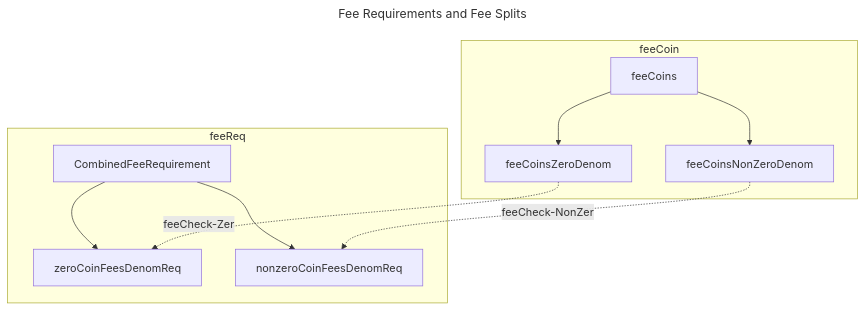
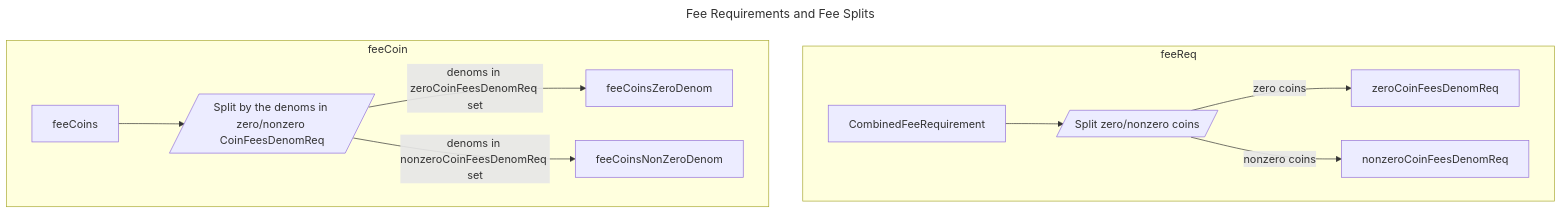
The first of 2 diagrams in docs/architecture/adr-002-globalfee.md (cosmos/gaia), drawn with Mermaid before and after one commit. The commit also changed other lines of this file, not shown here.

Commit message:
feat: update chart

````diff
--- a/docs/architecture/adr-002-globalfee.md
+++ b/docs/architecture/adr-002-globalfee.md
@@ -35,17 +35,18 @@
 ```mermaid
 ---
 title: Fee Requirements and Fee Splits
 ---
 flowchart TD
 	subgraph feeReq
-    CombinedFeeRequirement-->zeroCoinFeesDenomReq;
-	CombinedFeeRequirement-->nonzeroCoinFeesDenomReq;
-	end
-	subgraph feeCoin
-	feeCoins-->feeCoinsZeroDenom;
-	feeCoins-->feeCoinsNonZeroDenom;
+    A[CombinedFeeRequirement]-->B[/Split zero/nonzero coins/]
+    B-->|zero coins| C[zeroCoinFeesDenomReq];
+	B-->|nonzero coins| D[nonzeroCoinFeesDenomReq];
+
 	end
 
-	feeCoinsZeroDenom-.feeCheck-Zero.->zeroCoinFeesDenomReq;
-	feeCoinsNonZeroDenom-.feeCheck-NonZero.->nonzeroCoinFeesDenomReq;
+	subgraph feeCoin
+	E[feeCoins]-->F[/Split by the denoms in zero/nonzero CoinFeesDenomReq/]
+    F-->|denoms in zeroCoinFeesDenomReq set| G[feeCoinsZeroDenom]
+    F-->|denoms in nonzeroCoinFeesDenomReq set| H[feeCoinsNonZeroDenom]
+	end
 ```
````
